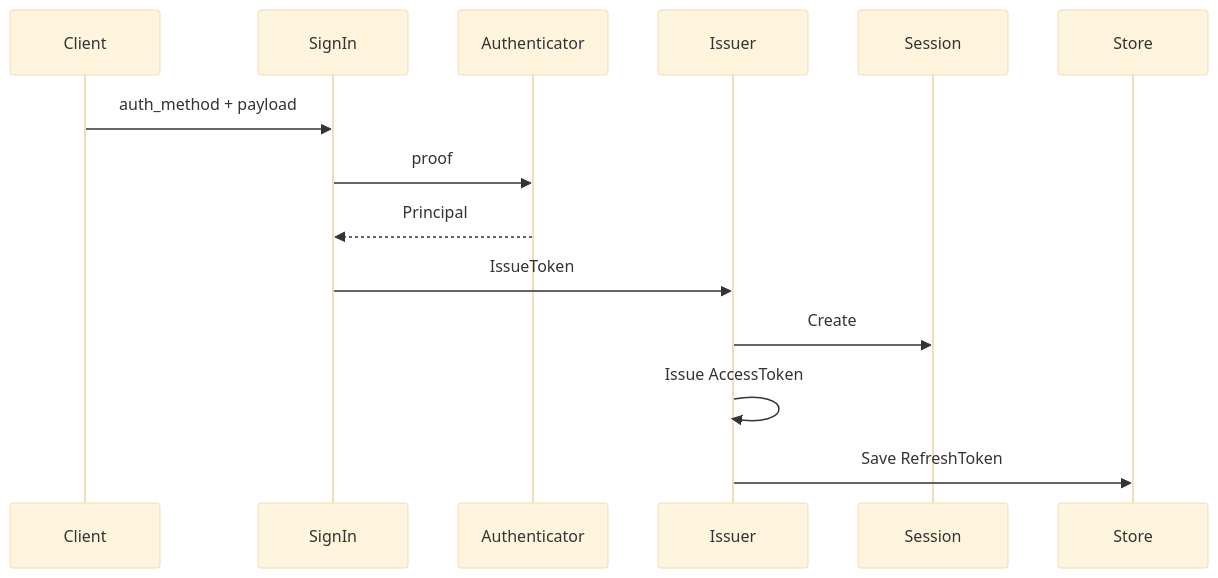
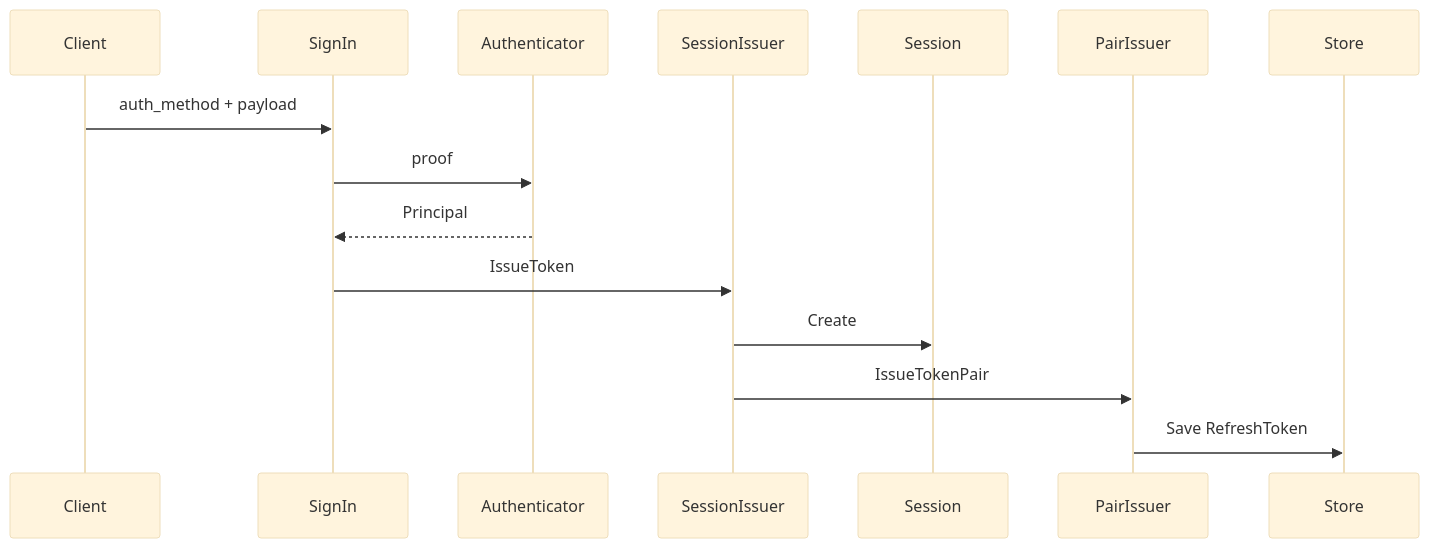
Before and after one commit to FangcunMount/iam: the second of 4 diagrams in docs/08-宣讲/11-30分钟技术分享脚本.md, drawn with Mermaid (base theme). The commit also changed other lines of this file and 18 other files, not shown here.

````diff
--- a/docs/08-宣讲/11-30分钟技术分享脚本.md
+++ b/docs/08-宣讲/11-30分钟技术分享脚本.md
@@ -283,17 +283,18 @@
 ```mermaid
 sequenceDiagram
     participant Client
     participant SignIn
     participant Authenticator
-    participant Issuer
+    participant SessionIssuer
     participant Session
+    participant PairIssuer
     participant Store
 
     Client->>SignIn: auth_method + payload
     SignIn->>Authenticator: proof
     Authenticator-->>SignIn: Principal
-    SignIn->>Issuer: IssueToken
-    Issuer->>Session: Create
-    Issuer->>Issuer: Issue AccessToken
-    Issuer->>Store: Save RefreshToken
+    SignIn->>SessionIssuer: IssueToken
+    SessionIssuer->>Session: Create
+    SessionIssuer->>PairIssuer: IssueTokenPair
+    PairIssuer->>Store: Save RefreshToken
 ```
````
